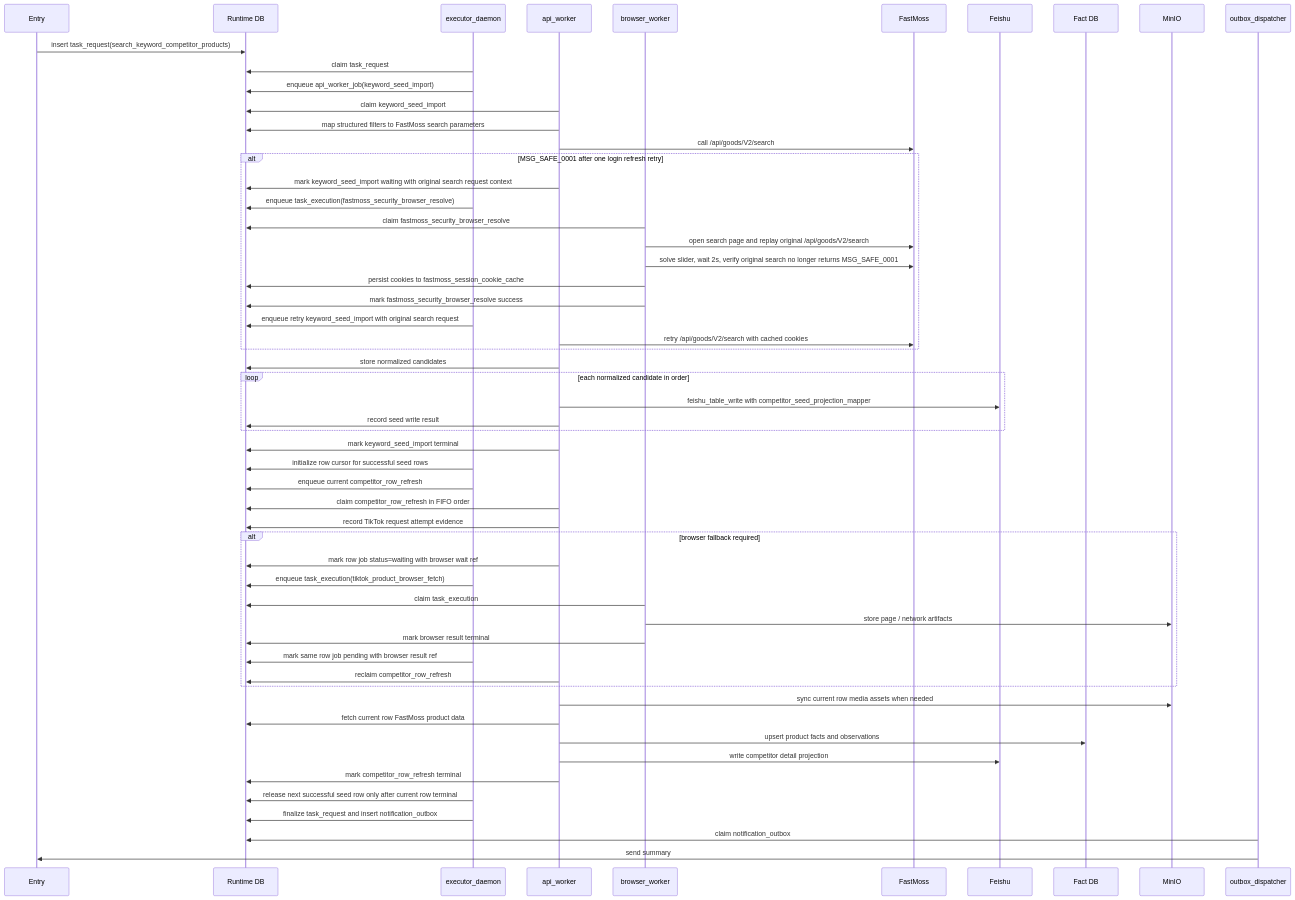
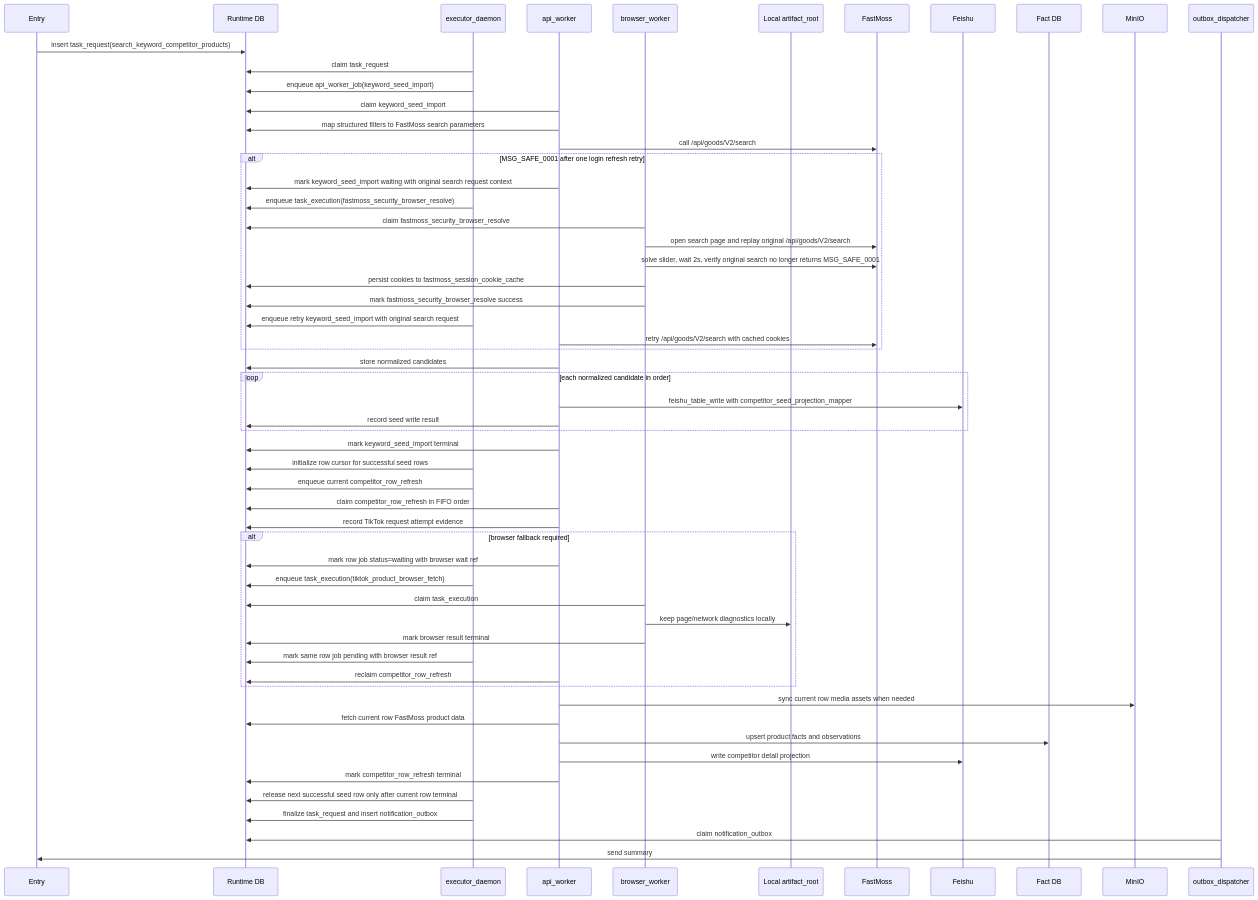
The fifth of 5 diagrams in docs/arch/workflow-competitor-table-design.md (knighterrantsky/mujitask), drawn with Mermaid before and after one commit. The commit also changed other lines of this file and 71 other files, not shown here.

````diff
--- a/docs/arch/workflow-competitor-table-design.md
+++ b/docs/arch/workflow-competitor-table-design.md
@@ -319,59 +320,60 @@
 ```mermaid
 sequenceDiagram
     participant Entry as Entry
     participant DB as Runtime DB
     participant Exec as executor_daemon
     participant API as api_worker
     participant Browser as browser_worker
+    participant Local as Local artifact_root
     participant FastMoss as FastMoss
     participant Feishu as Feishu
     participant Fact as Fact DB
     participant Obj as MinIO
     participant Outbox as outbox_dispatcher
 
     Entry->>DB: insert task_request(search_keyword_competitor_products)
     Exec->>DB: claim task_request
     Exec->>DB: enqueue api_worker_job(keyword_seed_import)
     API->>DB: claim keyword_seed_import
     API->>DB: map structured filters to FastMoss search parameters
     API->>FastMoss: call /api/goods/V2/search
     alt MSG_SAFE_0001 after one login refresh retry
         API->>DB: mark keyword_seed_import waiting with original search request context
         Exec->>DB: enqueue task_execution(fastmoss_security_browser_resolve)
         Browser->>DB: claim fastmoss_security_browser_resolve
         Browser->>FastMoss: open search page and replay original /api/goods/V2/search
         Browser->>FastMoss: solve slider, wait 2s, verify original search no longer returns MSG_SAFE_0001
         Browser->>DB: persist cookies to fastmoss_session_cookie_cache
         Browser->>DB: mark fastmoss_security_browser_resolve success
         Exec->>DB: enqueue retry keyword_seed_import with original search request
         API->>FastMoss: retry /api/goods/V2/search with cached cookies
     end
     API->>DB: store normalized candidates
     loop each normalized candidate in order
         API->>Feishu: feishu_table_write with competitor_seed_projection_mapper
         API->>DB: record seed write result
     end
     API->>DB: mark keyword_seed_import terminal
     Exec->>DB: initialize row cursor for successful seed rows
     Exec->>DB: enqueue current competitor_row_refresh
     API->>DB: claim competitor_row_refresh in FIFO order
     API->>DB: record TikTok request attempt evidence
     alt browser fallback required
         API->>DB: mark row job status=waiting with browser wait ref
         Exec->>DB: enqueue task_execution(tiktok_product_browser_fetch)
         Browser->>DB: claim task_execution
-        Browser->>Obj: store page / network artifacts
+        Browser->>Local: keep page/network diagnostics locally
         Browser->>DB: mark browser result terminal
         Exec->>DB: mark same row job pending with browser result ref
         API->>DB: reclaim competitor_row_refresh
     end
     API->>Obj: sync current row media assets when needed
     API->>DB: fetch current row FastMoss product data
     API->>Fact: upsert product facts and observations
     API->>Feishu: write competitor detail projection
     API->>DB: mark competitor_row_refresh terminal
     Exec->>DB: release next successful seed row only after current row terminal
     Exec->>DB: finalize task_request and insert notification_outbox
     Outbox->>DB: claim notification_outbox
     Outbox->>Entry: send summary
 ```
````
